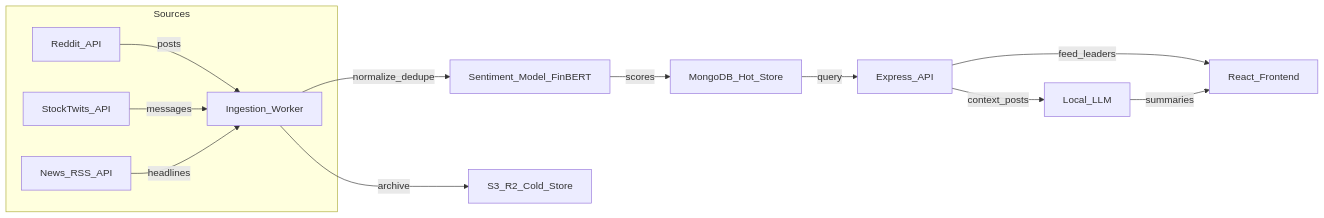
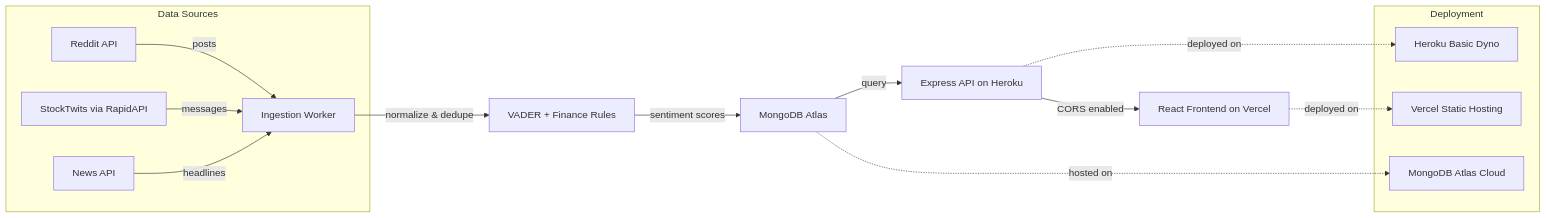
The diagram in README.md (insdaguirre/SentimentWatch), drawn with Mermaid before and after one commit. The commit also changed other lines of this file and 12 other files, not shown here.

````diff
--- a/README.md
+++ b/README.md
@@ -22,18 +29,24 @@
 ```mermaid
 flowchart LR
-    subgraph Sources
-        A[Reddit_API] -->|posts| B[Ingestion_Worker]
-        C[StockTwits_API] -->|messages| B
-        D[News_RSS_API] -->|headlines| B
+    subgraph "Data Sources"
+        A[Reddit API] -->|posts| B[Ingestion Worker]
+        C[StockTwits via RapidAPI] -->|messages| B
+        D[News API] -->|headlines| B
     end
 
-    B -->|normalize_dedupe| E[Sentiment_Model_FinBERT]
-    E -->|scores| F[MongoDB_Hot_Store]
-    B -->|archive| G[S3_R2_Cold_Store]
-
-    F -->|query| H[Express_API]
-    H -->|feed_leaders| I[React_Frontend]
-
-    H -->|context_posts| J[Local_LLM]
-    J -->|summaries| I
+    B -->|normalize & dedupe| E[VADER + Finance Rules]
+    E -->|sentiment scores| F[MongoDB Atlas]
+    
+    F -->|query| G[Express API on Heroku]
+    G -->|CORS enabled| H[React Frontend on Vercel]
+    
+    subgraph "Deployment"
+        I[Heroku Basic Dyno]
+        J[Vercel Static Hosting]
+        K[MongoDB Atlas Cloud]
+    end
+    
+    G -.->|deployed on| I
+    H -.->|deployed on| J
+    F -.->|hosted on| K
 ```
````
